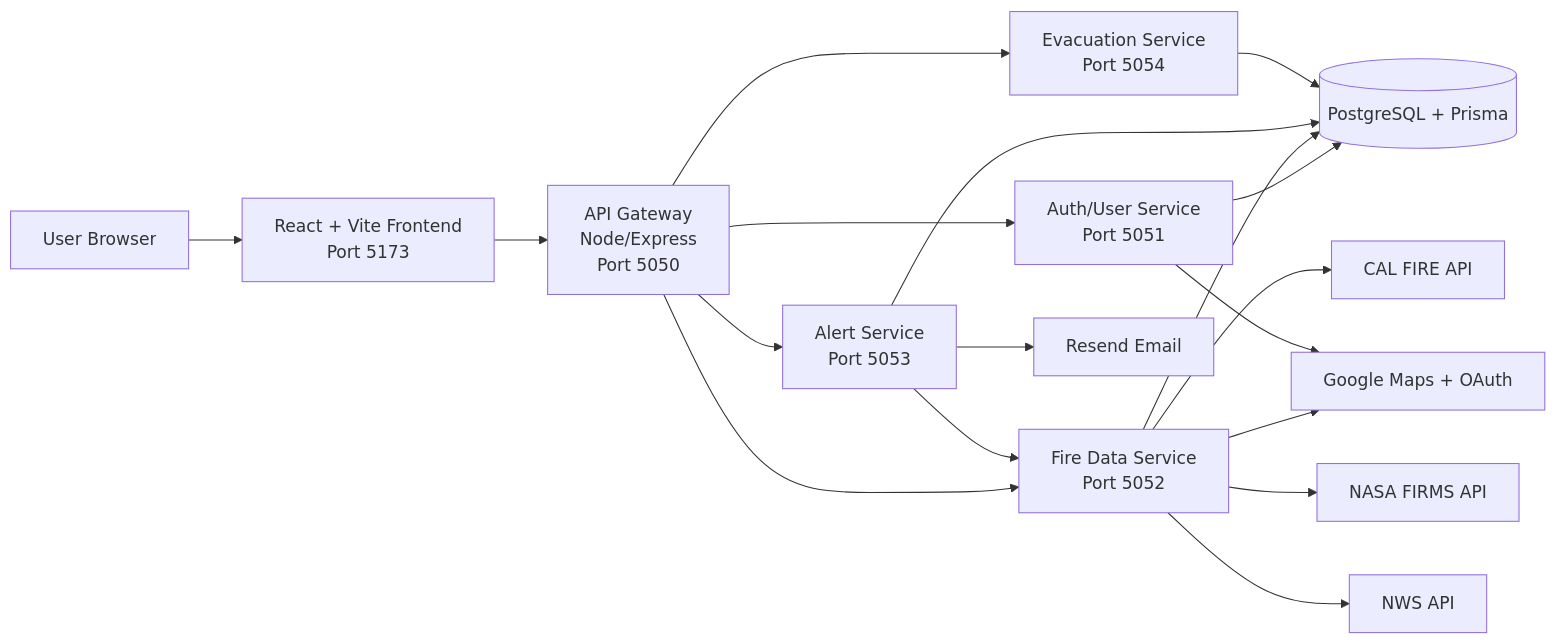
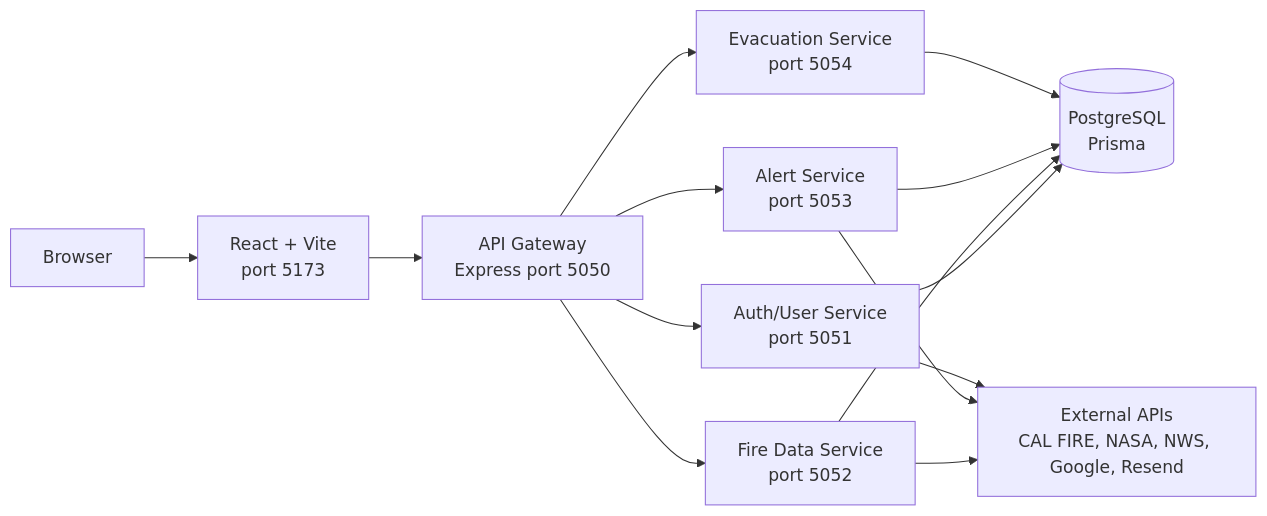
Before and after one commit to ralkhleef/WILDFIRE-TRACKER: the second of 3 diagrams in docs/c4-diagrams.md, drawn with Mermaid. The commit also changed other lines of this file and 67 other files, not shown here.

Commit message:
Clean up project docs and architecture

````diff
--- a/docs/c4-diagrams.md
+++ b/docs/c4-diagrams.md
@@ -30,41 +36,28 @@
 ```mermaid
 flowchart LR
-    User[User Browser]
-    Frontend[React + Vite Frontend<br/>Port 5173]
-    Gateway[API Gateway<br/>Node/Express<br/>Port 5050]
+    Browser[Browser]
+    Frontend[React + Vite<br/>port 5173]
+    Gateway[API Gateway<br/>Express port 5050]
 
-    Auth[Auth/User Service<br/>Port 5051]
-    Fire[Fire Data Service<br/>Port 5052]
-    Alerts[Alert Service<br/>Port 5053]
-    Evac[Evacuation Service<br/>Port 5054]
+    Auth[Auth/User Service<br/>port 5051]
+    Fire[Fire Data Service<br/>port 5052]
+    Alerts[Alert Service<br/>port 5053]
+    Evac[Evacuation Service<br/>port 5054]
 
-    DB[(PostgreSQL + Prisma)]
+    DB[(PostgreSQL<br/>Prisma)]
+    APIs[External APIs<br/>CAL FIRE, NASA, NWS, Google, Resend]
 
-    CALFIRE[CAL FIRE API]
-    NASA[NASA FIRMS API]
-    NWS[NWS API]
-    Google[Google Maps + OAuth]
-    Resend[Resend Email]
-
-    User --> Frontend
+    Browser --> Frontend
     Frontend --> Gateway
-
     Gateway --> Auth
     Gateway --> Fire
     Gateway --> Alerts
     Gateway --> Evac
-
     Auth --> DB
     Fire --> DB
     Alerts --> DB
     Evac --> DB
-
-    Fire --> CALFIRE
-    Fire --> NASA
-    Fire --> NWS
-    Fire --> Google
-
-    Auth --> Google
-    Alerts --> Resend
-    Alerts --> Fire
+    Fire --> APIs
+    Alerts --> APIs
+    Auth --> APIs
 ```
````
